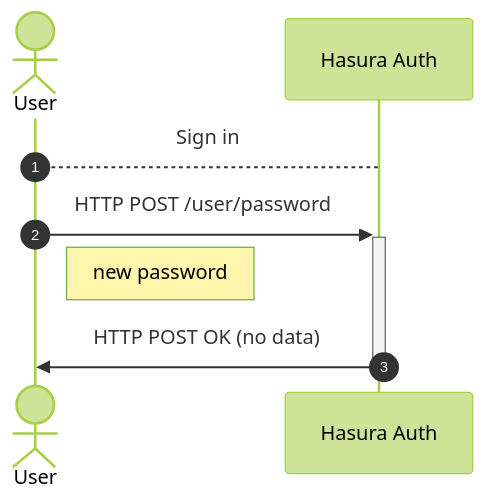
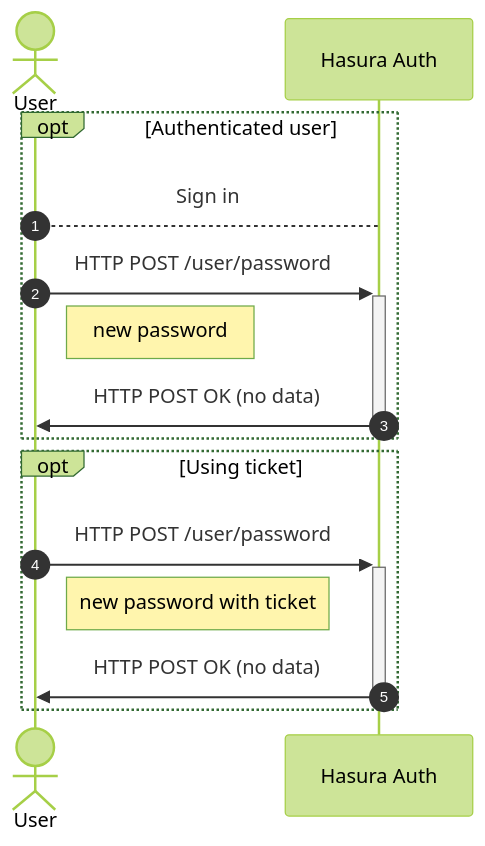
Before and after one commit to nhost/nhost: the diagram in docs/workflows/change-password.md, drawn with Mermaid (forest theme). The commit also changed 1 other file, not shown here.

Commit message:
feat: change password with ticket

````diff
--- a/docs/workflows/change-password.md
+++ b/docs/workflows/change-password.md
@@ -3,10 +3,17 @@
 ```mermaid
 sequenceDiagram
 	autonumber
 	actor U as User
 	participant A as Hasura Auth
-	U-->A: Sign in
-	U->>+A: HTTP POST /user/password
-	Note right of U: new password
-	A->>-U: HTTP POST OK (no data)
+    opt Authenticated user
+    	U-->A: Sign in
+	    U->>+A: HTTP POST /user/password
+	    Note right of U: new password
+	    A->>-U: HTTP POST OK (no data)
+    end
+    opt Using ticket
+	    U->>+A: HTTP POST /user/password
+	    Note right of U: new password with ticket
+	    A->>-U: HTTP POST OK (no data)
+    end
 ```
````
